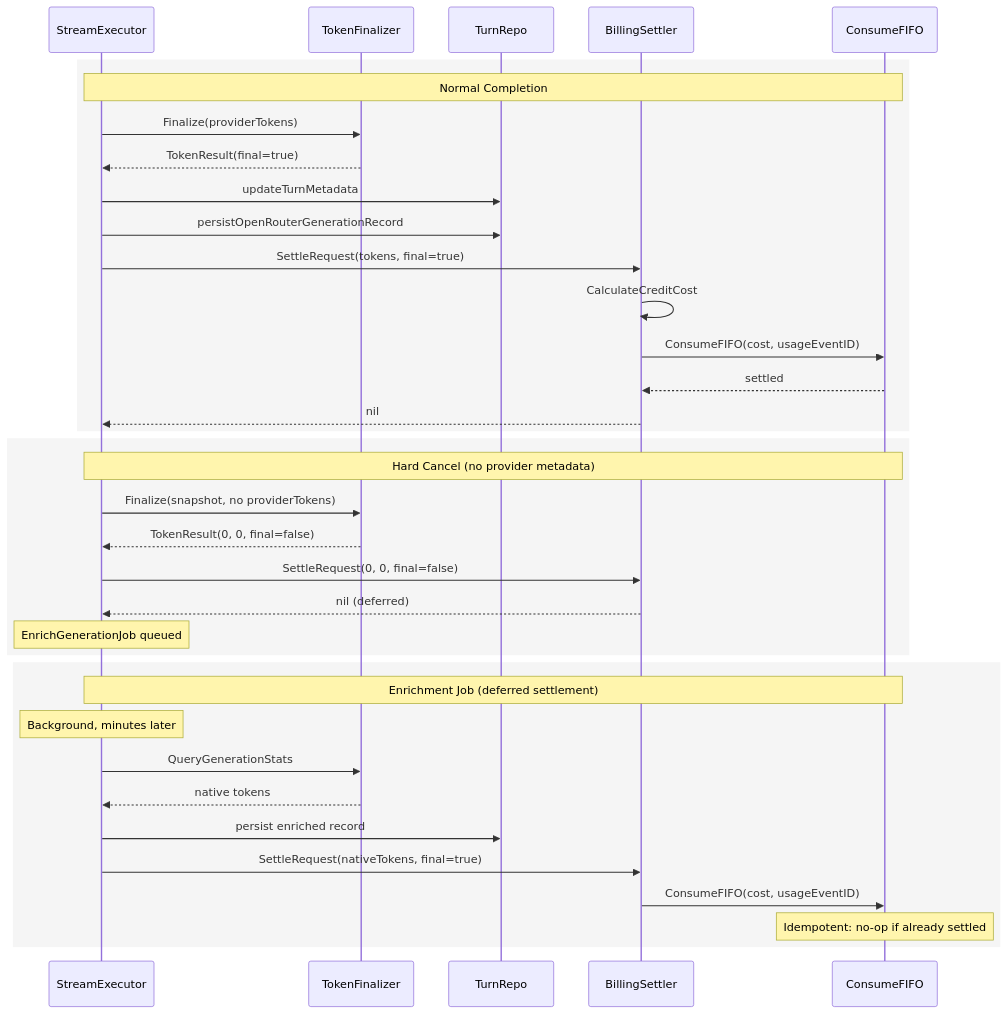
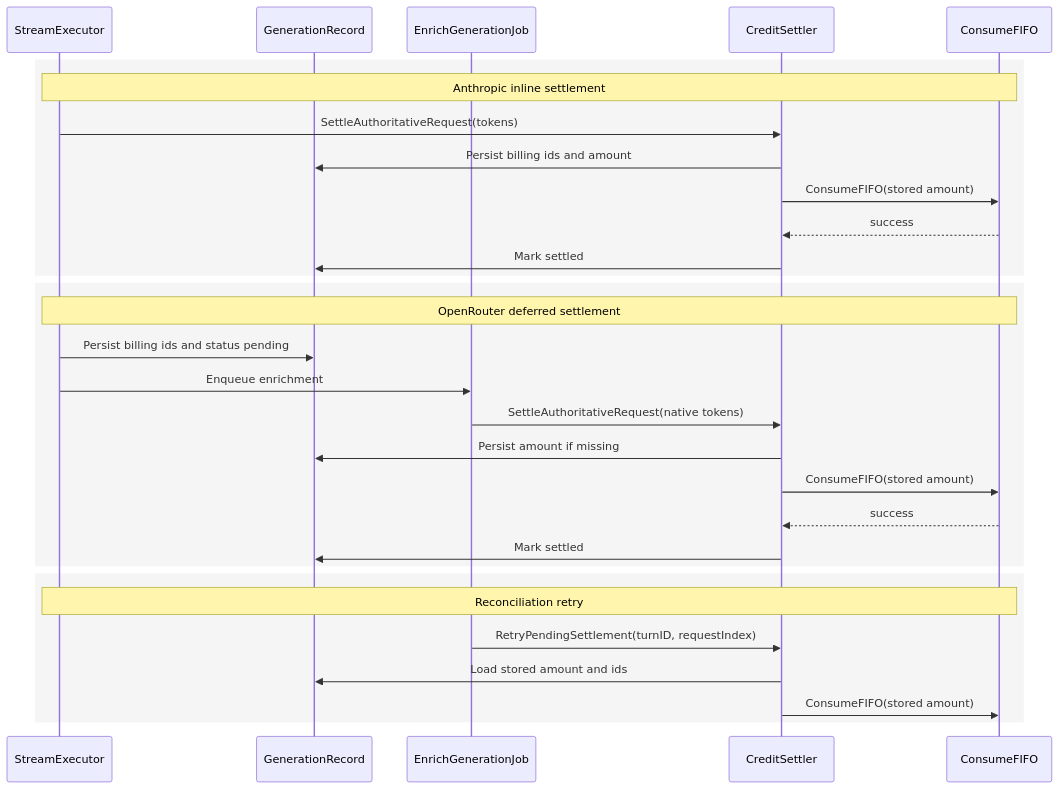
Before and after one commit to haowjy/meridian-flow: the second of 2 diagrams in .meridian/work/v1-launch/features/billing/executor-settlement-design.md, drawn with Mermaid. The commit also changed other lines of this file and 1 other file, not shown here.

First line of the commit message:
billing: fix executor settlement design + align billing-design.md

````diff
--- a/.meridian/work/v1-launch/features/billing/executor-settlement-design.md
+++ b/.meridian/work/v1-launch/features/billing/executor-settlement-design.md
@@ -420,41 +244,35 @@
 ```mermaid
 sequenceDiagram
-    participant EX as StreamExecutor
-    participant TF as TokenFinalizer
-    participant TR as TurnRepo
-    participant BS as BillingSettler
-    participant FIFO as ConsumeFIFO
+  participant EX as StreamExecutor
+  participant GR as GenerationRecord
+  participant EN as EnrichGenerationJob
+  participant CS as CreditSettler
+  participant FIFO as ConsumeFIFO
 
-    rect rgba(128, 128, 128, 0.08)
-        Note over EX,FIFO: Normal Completion
-        EX->>TF: Finalize(providerTokens)
-        TF-->>EX: TokenResult(final=true)
-        EX->>TR: updateTurnMetadata
-        EX->>TR: persistOpenRouterGenerationRecord
-        EX->>BS: SettleRequest(tokens, final=true)
-        BS->>BS: CalculateCreditCost
-        BS->>FIFO: ConsumeFIFO(cost, usageEventID)
-        FIFO-->>BS: settled
-        BS-->>EX: nil
-    end
+  rect rgba(128, 128, 128, 0.08)
+    Note over EX,FIFO: Anthropic inline settlement
+    EX->>CS: SettleAuthoritativeRequest(tokens)
+    CS->>GR: Persist billing ids and amount
+    CS->>FIFO: ConsumeFIFO(stored amount)
+    FIFO-->>CS: success
+    CS->>GR: Mark settled
+  end
 
-    rect rgba(128, 128, 128, 0.08)
-        Note over EX,FIFO: Hard Cancel (no provider metadata)
-        EX->>TF: Finalize(snapshot, no providerTokens)
-        TF-->>EX: TokenResult(0, 0, final=false)
-        EX->>BS: SettleRequest(0, 0, final=false)
-        BS-->>EX: nil (deferred)
-        Note over EX: EnrichGenerationJob queued
-    end
+  rect rgba(128, 128, 128, 0.08)
+    Note over EX,FIFO: OpenRouter deferred settlement
+    EX->>GR: Persist billing ids and status pending
+    EX->>EN: Enqueue enrichment
+    EN->>CS: SettleAuthoritativeRequest(native tokens)
+    CS->>GR: Persist amount if missing
+    CS->>FIFO: ConsumeFIFO(stored amount)
+    FIFO-->>CS: success
+    CS->>GR: Mark settled
+  end
 
-    rect rgba(128, 128, 128, 0.08)
-        Note over EX,FIFO: Enrichment Job (deferred settlement)
-        Note over EX: Background, minutes later
-        EX->>TF: QueryGenerationStats
-        TF-->>EX: native tokens
-        EX->>TR: persist enriched record
-        EX->>BS: SettleRequest(nativeTokens, final=true)
-        BS->>FIFO: ConsumeFIFO(cost, usageEventID)
-        Note over FIFO: Idempotent: no-op if already settled
-    end
+  rect rgba(128, 128, 128, 0.08)
+    Note over EX,FIFO: Reconciliation retry
+    EN->>CS: RetryPendingSettlement(turnID, requestIndex)
+    CS->>GR: Load stored amount and ids
+    CS->>FIFO: ConsumeFIFO(stored amount)
+  end
 ```
````
